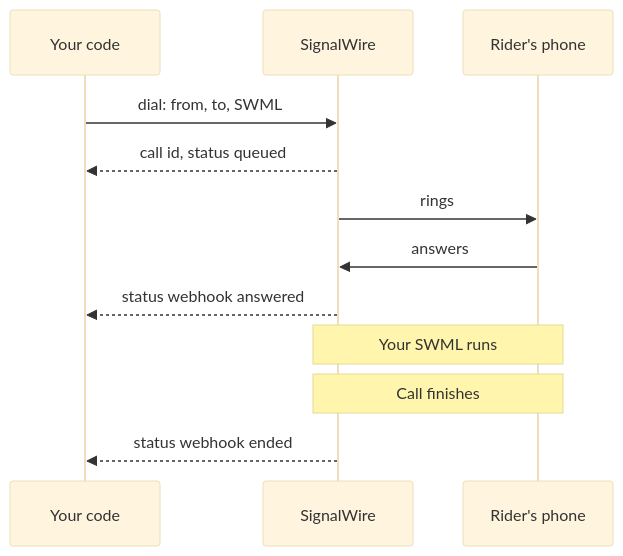
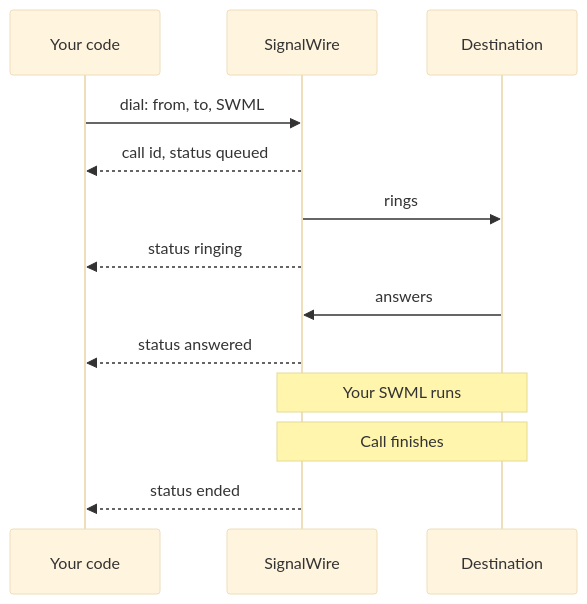
One commit to signalwire/docs changed the first of 2 diagrams in fern/products/platform/pages/calling/voice/outbound-calling.mdx. Above: the diagram before and after it, drawn with Mermaid (base theme). The commit also changed other lines of this file and 1 other file, not shown here.

First line of the commit message:
docs: fix status webhook claims and tighten the outbound calling guide

````diff
--- a/fern/products/platform/pages/calling/voice/outbound-calling.mdx
+++ b/fern/products/platform/pages/calling/voice/outbound-calling.mdx
@@ -400,15 +91,16 @@
 ```mermaid
 sequenceDiagram
     participant App as Your code
     participant SW as SignalWire
-    participant Rider as Rider's phone
+    participant Dest as Destination
 
     App->>SW: dial: from, to, SWML
     SW-->>App: call id, status queued
-    SW->>Rider: rings
-    Rider->>SW: answers
-    SW-->>App: status webhook answered
-    Note over SW,Rider: Your SWML runs
-    Note over SW,Rider: Call finishes
-    SW-->>App: status webhook ended
+    SW->>Dest: rings
+    SW-->>App: status ringing
+    Dest->>SW: answers
+    SW-->>App: status answered
+    Note over SW,Dest: Your SWML runs
+    Note over SW,Dest: Call finishes
+    SW-->>App: status ended
 ```
````
